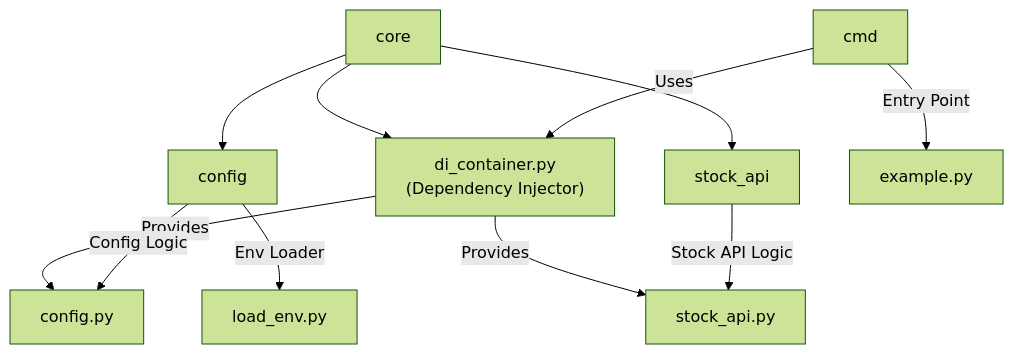
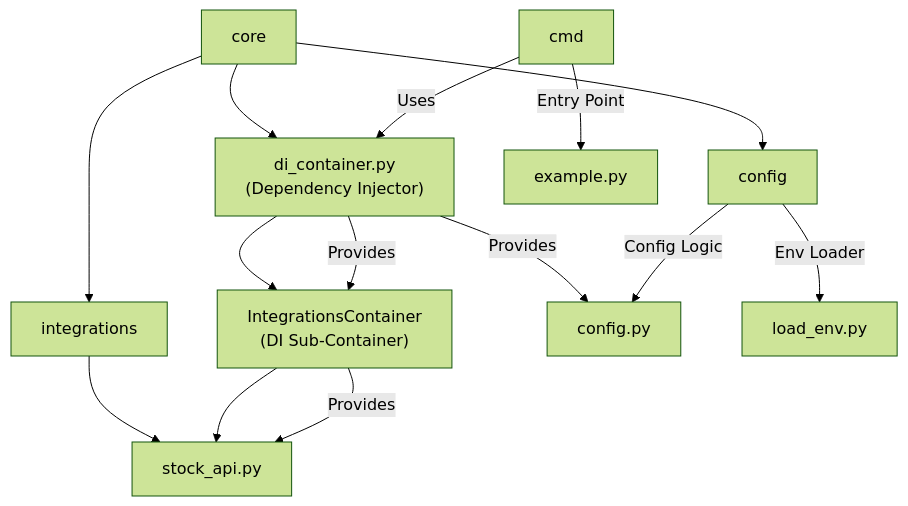
The diagram in docs/module_architecture.md (slmyers/portfolio_tracker), drawn with Mermaid (forest theme) before and after one commit. The commit also changed other lines of this file and 4 other files, not shown here.

````diff
--- a/docs/module_architecture.md
+++ b/docs/module_architecture.md
@@ -7,19 +7,24 @@
 ```mermaid
 graph TD
     A[core]
     A1[config]
-    A2[stock_api]
+    A2[integrations]
+    S1[stock_api.py]
+    IC["IntegrationsContainer<br/>(DI Sub-Container)"]
     DI["di_container.py<br/>(Dependency Injector)"]
     B[cmd]
     
     A --> A1
     A --> A2
+    A2 --> S1
     A --> DI
+    DI --> IC
+    IC --> S1
     B -->|Entry Point| EX[example.py]
     B -->|Uses| DI
     DI -->|Provides| C1[config.py]
-    DI -->|Provides| S1[stock_api.py]
+    DI -->|Provides| IC
+    IC -->|Provides| S1[stock_api.py]
     A1 -->|Config Logic| C1[config.py]
     A1 -->|Env Loader| C2[load_env.py]
-    A2 -->|Stock API Logic| S1[stock_api.py]
 ```
````
